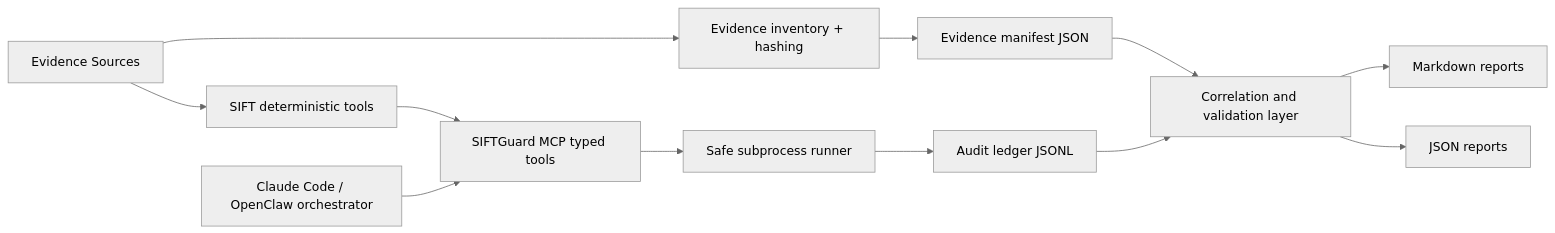
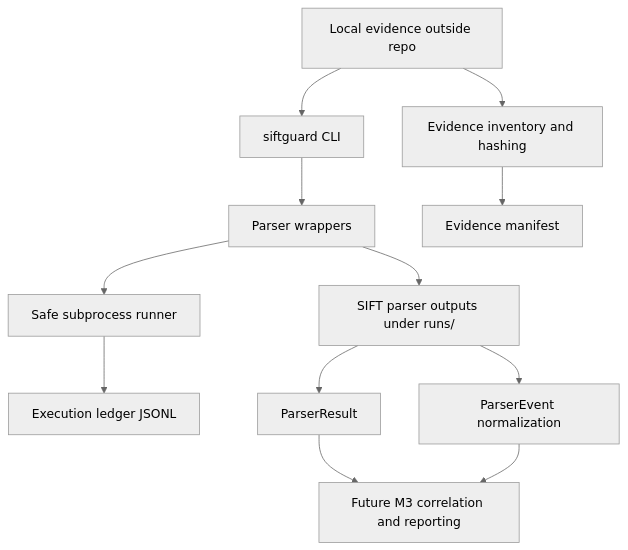
Before and after one commit to OCHOLA-EDDYPHIL/elenchos-dfir: the diagram in docs/architecture.md, drawn with Mermaid (neutral theme). The commit also changed other lines of this file and 6 other files, not shown here.

````diff
--- a/docs/architecture.md
+++ b/docs/architecture.md
@@ -11,14 +33,14 @@
 ```mermaid
-flowchart LR
-  A[Evidence Sources] --> B[SIFT deterministic tools]
-  B --> C[SIFTGuard MCP typed tools]
-  A --> D[Evidence inventory + hashing]
-  D --> E[Evidence manifest JSON]
-  C --> F[Safe subprocess runner]
-  F --> G[Audit ledger JSONL]
-  E --> H[Correlation and validation layer]
-  G --> H
-  I[Claude Code / OpenClaw orchestrator] --> C
-  H --> J[Markdown reports]
-  H --> K[JSON reports]
+flowchart TD
+  A[Local evidence outside repo] --> B[siftguard CLI]
+  A --> C[Evidence inventory and hashing]
+  B --> D[Parser wrappers]
+  C --> E[Evidence manifest]
+  D --> F[Safe subprocess runner]
+  F --> G[Execution ledger JSONL]
+  D --> H[SIFT parser outputs under runs/]
+  H --> I[ParserResult]
+  H --> J[ParserEvent normalization]
+  I --> K[Future M3 correlation and reporting]
+  J --> K
 ```
````
